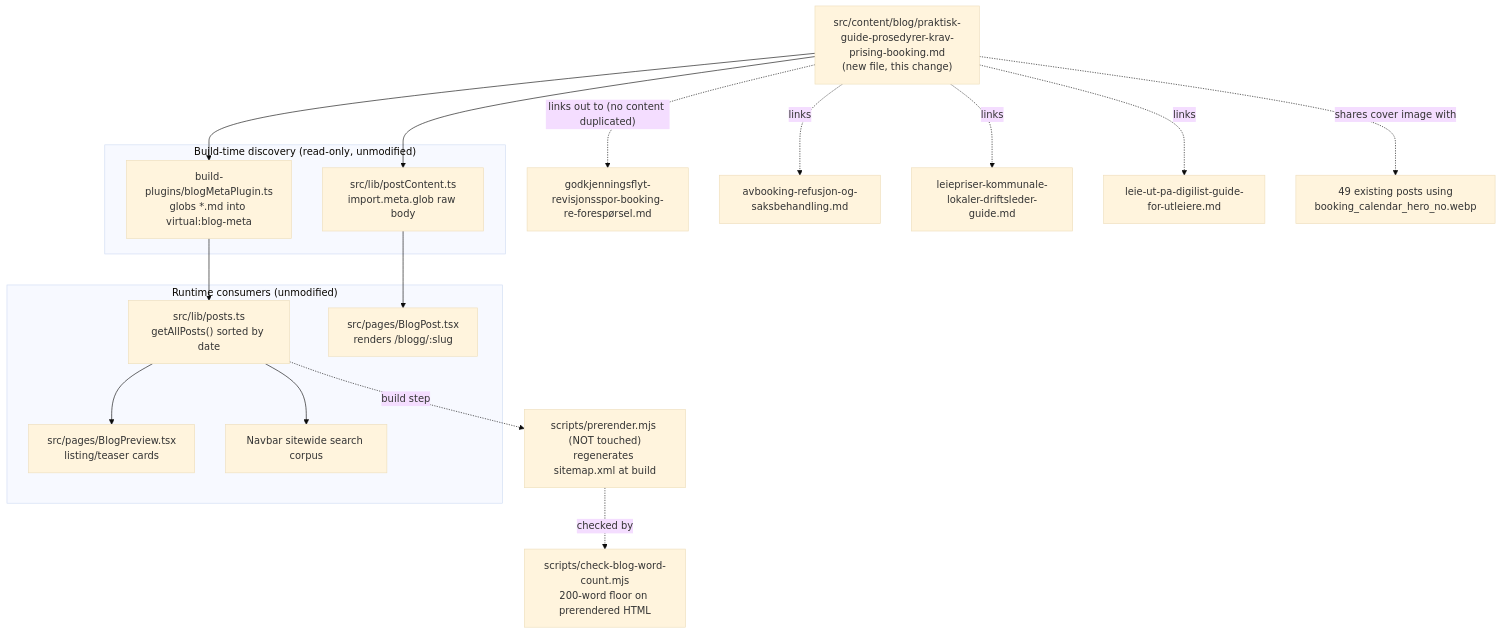
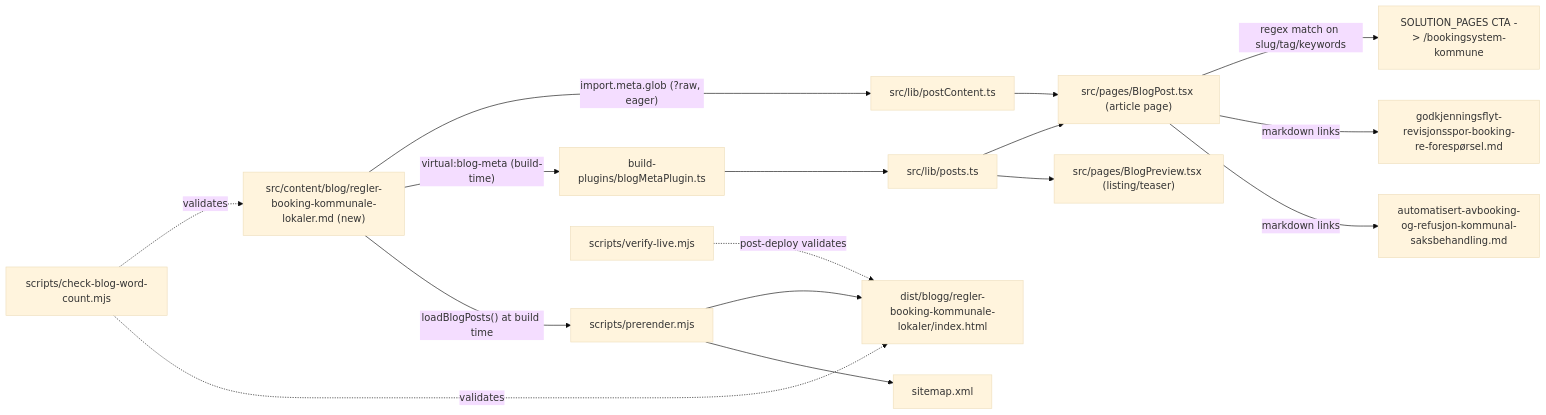
One commit to Xala-Technologies/booking-brilliance changed the diagram in AGENT-SPEC.md. Above: the diagram before and after it, drawn with Mermaid (base theme). The commit also changed other lines of this file and 1 other file, not shown here.

Commit message:
wip(xal-1152-content-gap-regler-prosedyrer-og-krav-for): checkpoint — session ended before the agent pushed

````diff
--- a/AGENT-SPEC.md
+++ b/AGENT-SPEC.md
@@ -128,32 +116,23 @@
 ```mermaid
-flowchart TD
-    MD["src/content/blog/praktisk-guide-prosedyrer-krav-prising-booking.md<br/>(new file, this change)"]
+flowchart LR
+  MD["src/content/blog/regler-booking-kommunale-lokaler.md (new)"]
 
-    subgraph BuildTime["Build-time discovery (read-only, unmodified)"]
-        Plugin["build-plugins/blogMetaPlugin.ts<br/>globs *.md into virtual:blog-meta"]
-        RawGlob["src/lib/postContent.ts<br/>import.meta.glob raw body"]
-    end
+  MD -->|"import.meta.glob (?raw, eager)"| PC[src/lib/postContent.ts]
+  MD -->|"virtual:blog-meta (build-time)"| PM["build-plugins/blogMetaPlugin.ts"]
+  PM --> PT[src/lib/posts.ts]
+  PT --> BP["src/pages/BlogPost.tsx (article page)"]
+  PT --> BPre["src/pages/BlogPreview.tsx (listing/teaser)"]
+  PC --> BP
 
-    subgraph Runtime["Runtime consumers (unmodified)"]
-        PostsTS["src/lib/posts.ts<br/>getAllPosts() sorted by date"]
-        BlogPost["src/pages/BlogPost.tsx<br/>renders /blogg/:slug"]
-        BlogPreview["src/pages/BlogPreview.tsx<br/>listing/teaser cards"]
-        Search["Navbar sitewide search corpus"]
-    end
+  MD -->|"loadBlogPosts() at build time"| PR["scripts/prerender.mjs"]
+  PR --> DIST["dist/blogg/regler-booking-kommunale-lokaler/index.html"]
+  PR --> SM["sitemap.xml"]
 
-    Prerender["scripts/prerender.mjs (NOT touched)<br/>regenerates sitemap.xml at build"]
-    WordCount["scripts/check-blog-word-count.mjs<br/>200-word floor on prerendered HTML"]
+  BP -->|"regex match on slug/tag/keywords"| SOL["SOLUTION_PAGES CTA -> /bookingsystem-kommune"]
+  BP -->|"markdown links"| L1["godkjenningsflyt-revisjonsspor-booking-re-forespørsel.md"]
+  BP -->|"markdown links"| L2["automatisert-avbooking-og-refusjon-kommunal-saksbehandling.md"]
 
-    MD --> Plugin --> PostsTS
-    MD --> RawGlob --> BlogPost
-    PostsTS --> BlogPreview
-    PostsTS --> Search
-    PostsTS -.build step.-> Prerender
-    Prerender -.checked by.-> WordCount
-
-    MD -. "links out to (no content duplicated)" .-> A["godkjenningsflyt-revisjonsspor-booking-re-forespørsel.md"]
-    MD -. links .-> B["avbooking-refusjon-og-saksbehandling.md"]
-    MD -. links .-> C["leiepriser-kommunale-lokaler-driftsleder-guide.md"]
-    MD -. links .-> D["leie-ut-pa-digilist-guide-for-utleiere.md"]
-    MD -. "shares cover image with" .-> E["49 existing posts using<br/>booking_calendar_hero_no.webp"]
+  WC["scripts/check-blog-word-count.mjs"] -.validates.-> MD
+  WC -.validates.-> DIST
+  VL["scripts/verify-live.mjs"] -.post-deploy validates.-> DIST
 ```
````
